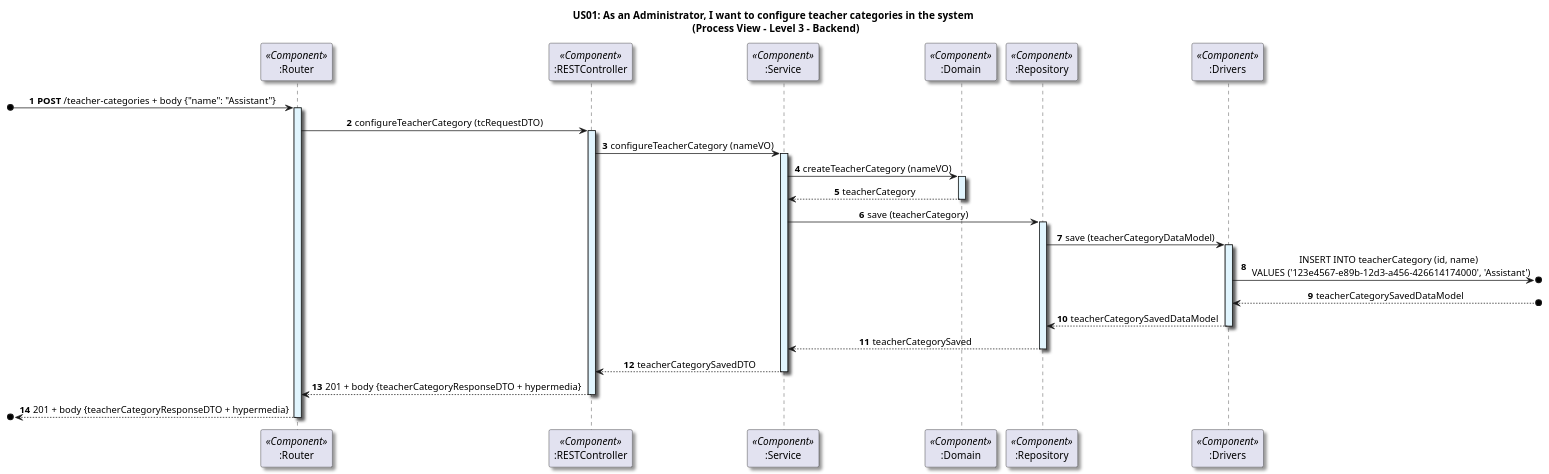
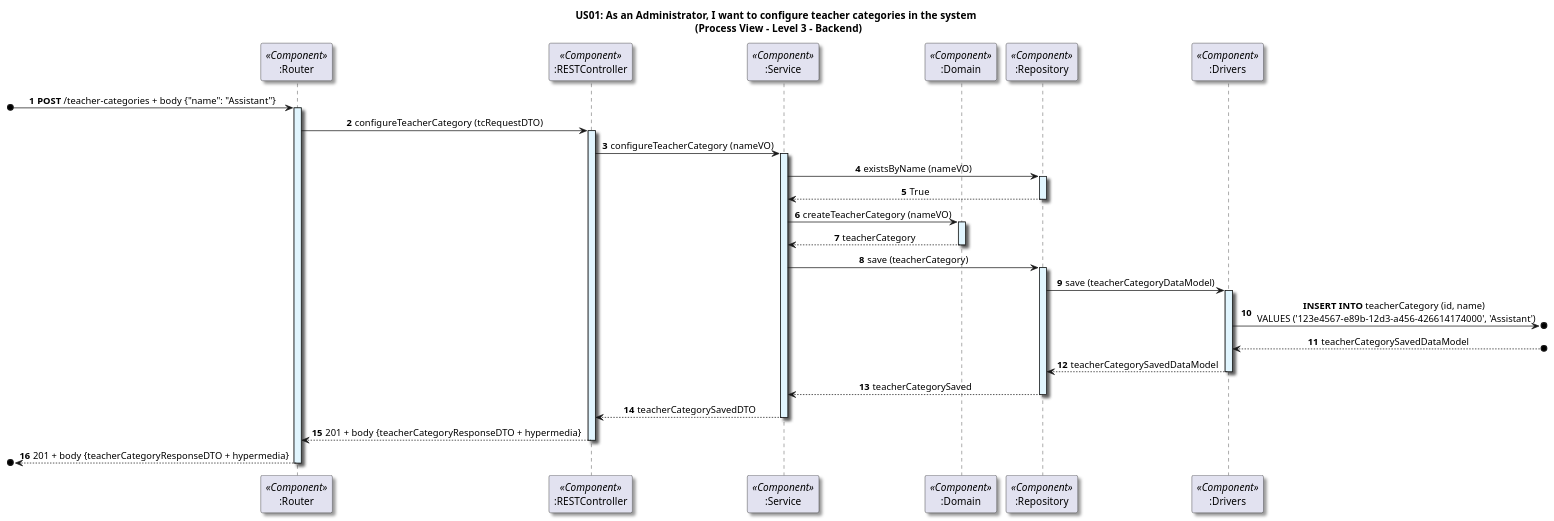
One commit to GasparISEP/DevOps-PAI changed the diagram in docs/US01/Sprint6_RestAPI/ProcessView/Level3.puml. Above: the diagram before and after it, drawn with PlantUML. The commit also changed 2 other files, not shown here.

```diff
--- a/docs/US01/Sprint6_RestAPI/ProcessView/Level3.puml
+++ b/docs/US01/Sprint6_RestAPI/ProcessView/Level3.puml
@@ -1,57 +1,63 @@
 @startuml
 
 title US01: As an Administrator, I want to configure teacher categories in the system \n (Process View - Level 3 - Backend)
 
 skinparam defaultTextAlignment center
 skinparam shadowing true
 
 autonumber
 
 participant ":Router" as router <<Component>>
 participant ":RESTController" as controller <<Component>>
 participant ":Service" as service <<Component>>
 participant ":Domain" as domain <<Component>>
 participant ":Repository" as repository <<Component>>
 participant ":Drivers" as drivers <<Component>>
 
 [o-> router: **POST** /teacher-categories + body {"name": "Assistant"}
 activate router #E1F5FE
 
 router -> controller: configureTeacherCategory (tcRequestDTO)
 activate controller #E1F5FE
 
 controller -> service: configureTeacherCategory (nameVO)
 activate service #E1F5FE
 
+service -> repository: existsByName (nameVO)
+activate repository #E1F5FE
+
+repository --> service: True
+deactivate repository
+
 service -> domain: createTeacherCategory (nameVO)
 activate domain #E1F5FE
 
 domain --> service: teacherCategory
 deactivate domain
 
 service -> repository: save (teacherCategory)
 activate repository #E1F5FE
 
 repository -> drivers: save (teacherCategoryDataModel)
 activate drivers #E1F5FE
 
-drivers ->o]: INSERT INTO teacherCategory (id, name) \n VALUES ('123e4567-e89b-12d3-a456-426614174000', 'Assistant')
+drivers ->o]: **INSERT INTO** teacherCategory (id, name) \n VALUES ('123e4567-e89b-12d3-a456-426614174000', 'Assistant')
 
 drivers <--o]: teacherCategorySavedDataModel
 
 drivers --> repository: teacherCategorySavedDataModel
 deactivate drivers
 
 repository --> service: teacherCategorySaved
 deactivate repository
 
 service --> controller: teacherCategorySavedDTO
 deactivate service
 
 controller --> router: 201 + body {teacherCategoryResponseDTO + hypermedia}
 deactivate controller
 
 [o<-- router: 201 + body {teacherCategoryResponseDTO + hypermedia}
 deactivate router
 
 @enduml
```
